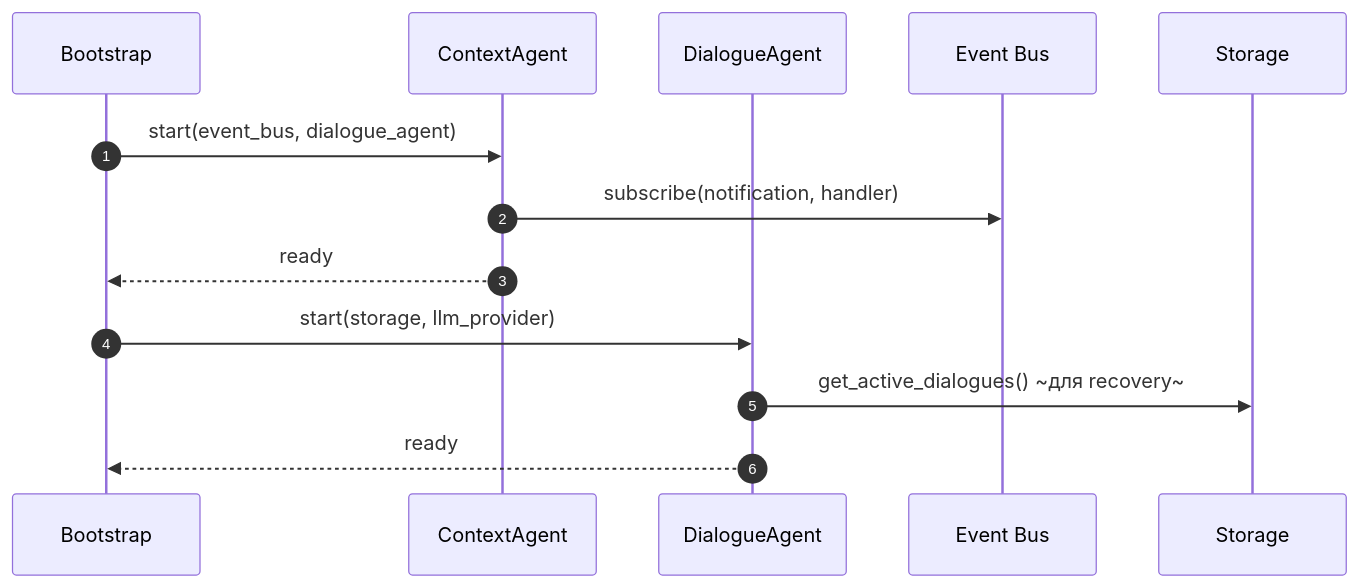
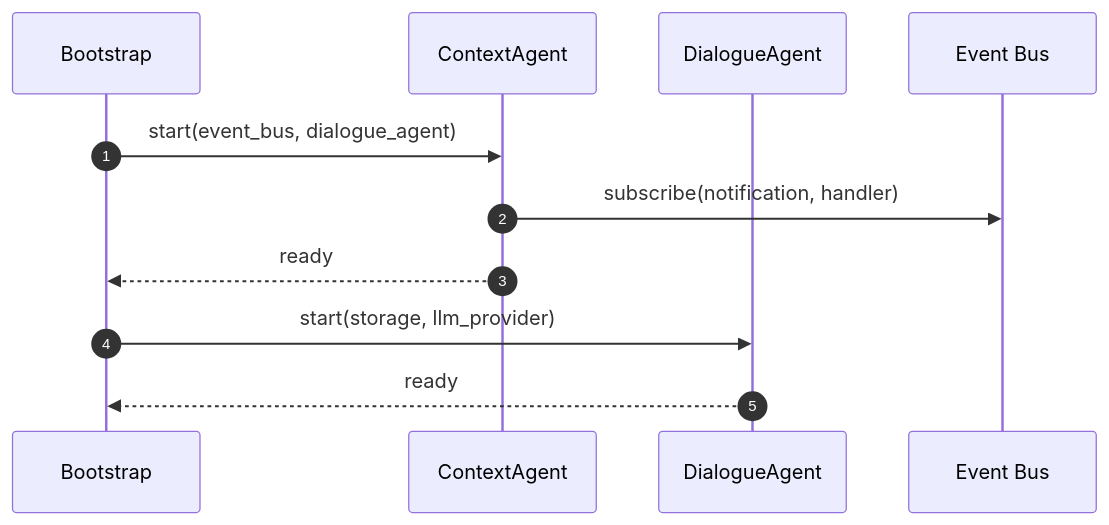
Before and after one commit to Dieugene/team-assistant: the tenth of 13 diagrams in 00_docs/architecture/runtime_architecture.md, drawn with Mermaid. The commit also changed other lines of this file, not shown here.

First line of the commit message:
Refine runtime architecture

````diff
--- a/00_docs/architecture/runtime_architecture.md
+++ b/00_docs/architecture/runtime_architecture.md
@@ -443,17 +402,15 @@
 ```mermaid
 sequenceDiagram
     autonumber
     participant Bootstrap as Bootstrap
     participant CA as ContextAgent
     participant DA as DialogueAgent
     participant EB as Event Bus
-    participant Storage as Storage
 
     Bootstrap->>CA: start(event_bus, dialogue_agent)
     CA->>EB: subscribe(notification, handler)
     CA-->>Bootstrap: ready
 
     Bootstrap->>DA: start(storage, llm_provider)
-    DA->>Storage: get_active_dialogues() ~для recovery~
     DA-->>Bootstrap: ready
 ```
````
